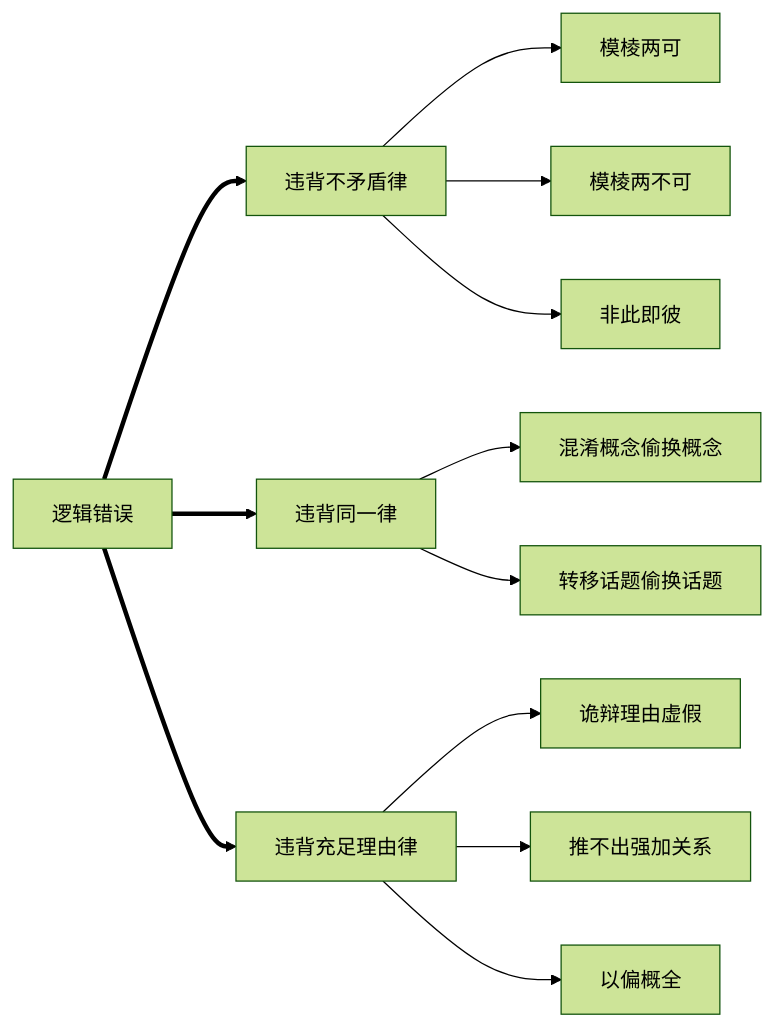
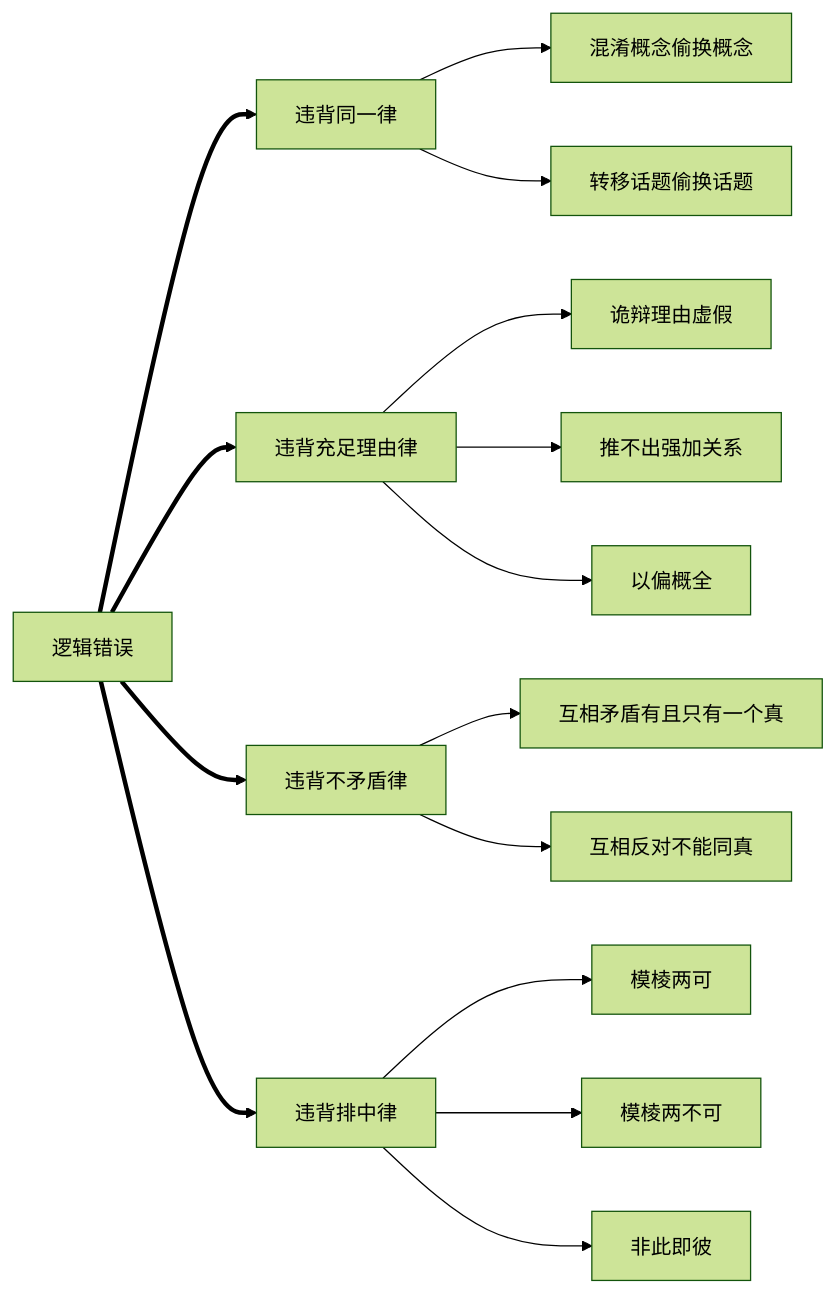
Before and after one commit to I-AM-A-NOOB/Note: the diagram in Chinese/逻辑推理.md, drawn with Mermaid (forest theme). The commit also changed other lines of this file and 6 other files, not shown here.

````diff
--- a/Chinese/逻辑推理.md
+++ b/Chinese/逻辑推理.md
@@ -7,16 +7,23 @@
 ```mermaid
 graph LR
-逻辑错误==>违背不矛盾律
 逻辑错误==>违背同一律
 逻辑错误==>违背充足理由律
-违背不矛盾律-->模棱两可
-违背不矛盾律-->模棱两不可
-违背不矛盾律-->非此即彼
+逻辑错误==>违背不矛盾律
+逻辑错误==>违背排中律
 
 违背同一律-->混淆概念偷换概念
 违背同一律-->转移话题偷换话题
 
 违背充足理由律-->诡辩理由虚假
 违背充足理由律-->推不出强加关系
 违背充足理由律-->以偏概全
+
+违背不矛盾律-->互相矛盾有且只有一个真
+违背不矛盾律-->互相反对不能同真
+
+违背排中律-->模棱两可
+违背排中律-->模棱两不可
+违背排中律-->非此即彼
+
+违背排中律
 ```
````
